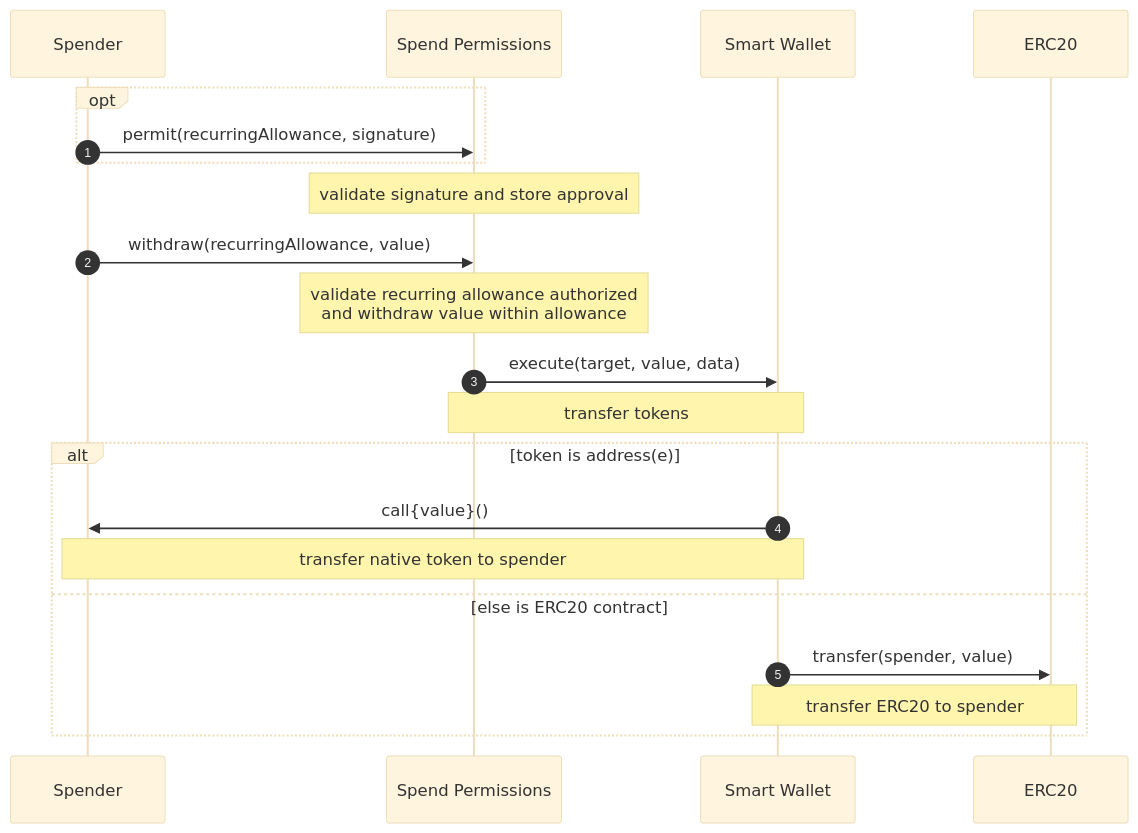
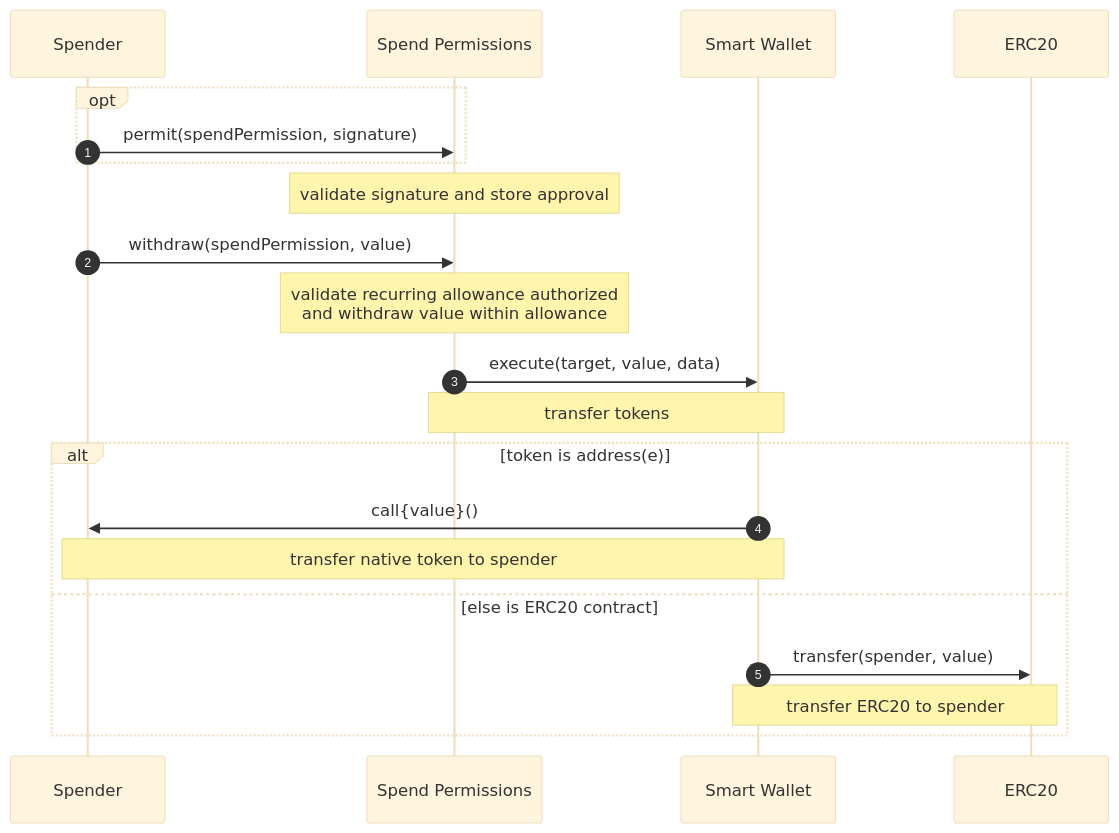
The diagram in docs/diagrams/onchain/withdraw.md (coinbase/smart-wallet-permissions), drawn with Mermaid (base theme) before and after one commit. The commit also changed 23 other files, not shown here.

````diff
--- a/docs/diagrams/onchain/withdraw.md
+++ b/docs/diagrams/onchain/withdraw.md
@@ -5,24 +5,24 @@
 ```mermaid
 sequenceDiagram
     autonumber
     participant S as Spender
     participant M as Spend Permissions
     participant A as Smart Wallet
     participant ERC20
 
     opt
-        S->>M: permit(recurringAllowance, signature)
+        S->>M: permit(spendPermission, signature)
     end
     Note over M: validate signature and store approval
-    S->>M: withdraw(recurringAllowance, value)
+    S->>M: withdraw(spendPermission, value)
     Note over M: validate recurring allowance authorized <br> and withdraw value within allowance
     M->>A: execute(target, value, data)
     Note over M,A: transfer tokens
     alt token is address(e)
         A->>S: call{value}()
         Note over A,S: transfer native token to spender
     else else is ERC20 contract
         A->>ERC20: transfer(spender, value)
         Note over A,ERC20: transfer ERC20 to spender
     end
 ```
````
